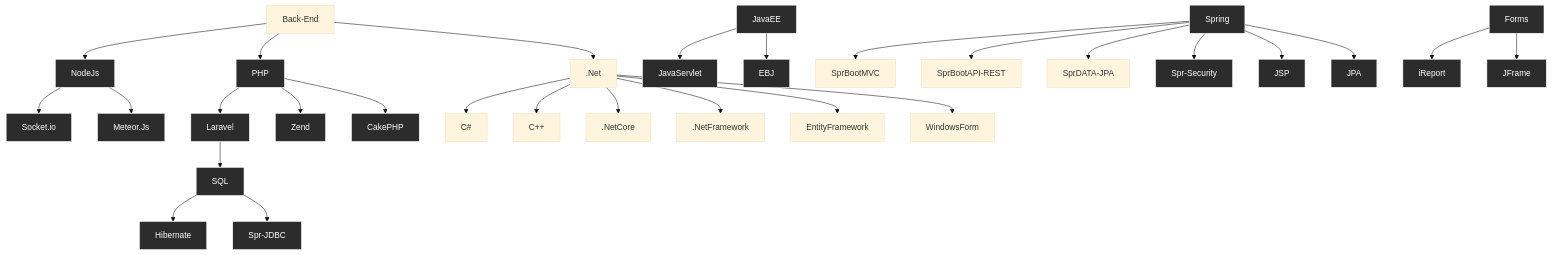
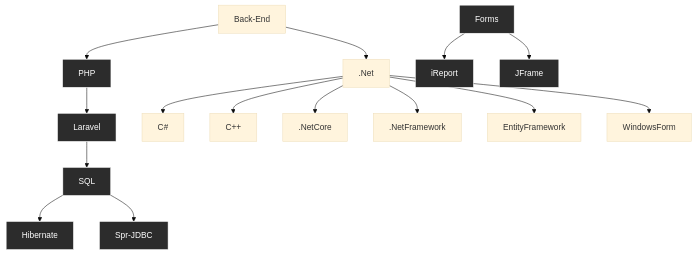
One commit to LinderCa/LinderCa changed the second of 2 diagrams in README.md. Above: the diagram before and after it, drawn with Mermaid (base theme).

````diff
--- a/README.md
+++ b/README.md
@@ -64,33 +64,20 @@
 ```mermaid
 graph TD;
-    Back-End-->.Net;
-    Back-End-->NodeJs;
-    NodeJs-->Socket.io;
-    NodeJs-->Meteor.Js;
     Back-End-->PHP;
     PHP-->Laravel;
-    PHP-->Zend;
-    PHP-->CakePHP;
+    Back-End-->.Net;
     .Net-->C#;
     .Net-->C++;
     .Net-->.NetCore;
-    JavaEE-->JavaServlet;
-    JavaEE-->EBJ;
     .Net-->.NetFramework;
     .Net-->EntityFramework;
     Laravel-->SQL;
-    Spring-->SprBootMVC;
-    Spring-->SprBootAPI-REST;
-    Spring-->SprDATA-JPA;
     SQL-->Hibernate;
     SQL-->Spr-JDBC;
-    Spring-->Spr-Security;
-    Spring-->JSP;
-    Spring-->JPA;
     .Net-->WindowsForm;
     Forms-->iReport;
     Forms-->JFrame;
     classDef backEnd fill:#2c2c2c,stroke:#ffffff,color:#ffffff;
     class Java,NodeJs,Socket.io,Meteor.Js,PHP,Laravel,Zend,CakePHP,JavaSE,JavaEE,PureApplet,JavaServlet,EBJ,Spring,SQL,Hibernate,Spr-JDBC,Spr-Security,JSP,JPA,Forms,iReport,JFrame backEnd;
 
 ```
````
